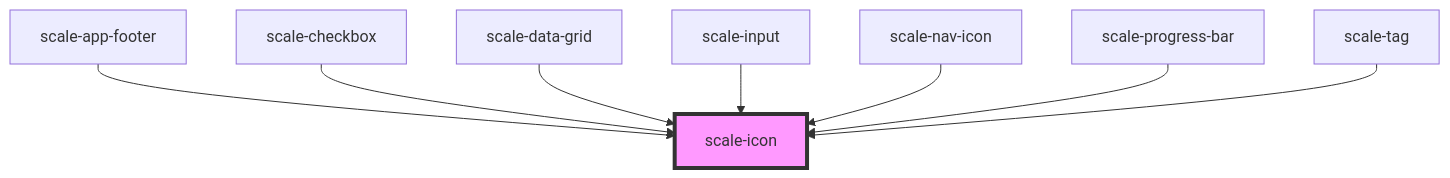
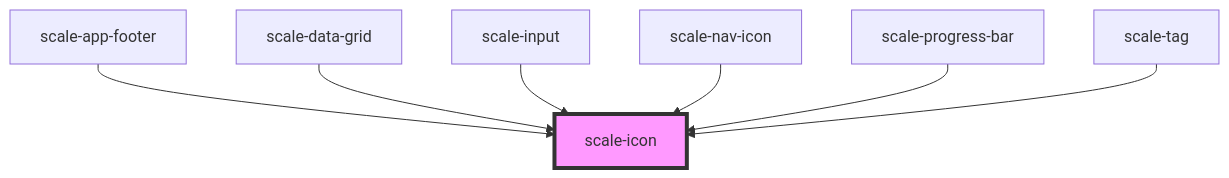
Before and after one commit to gaurishkamat/scale: the diagram in packages/components/src/components/icon/readme.md, drawn with Mermaid. The commit also changed other lines of this file and 15 other files, not shown here.

Commit message:
refactor(checkbox): update icon handling

````diff
--- a/packages/components/src/components/icon/readme.md
+++ b/packages/components/src/components/icon/readme.md
@@ -35,11 +34,10 @@
 ```mermaid
 graph TD;
   scale-app-footer --> scale-icon
-  scale-checkbox --> scale-icon
   scale-data-grid --> scale-icon
   scale-input --> scale-icon
   scale-nav-icon --> scale-icon
   scale-progress-bar --> scale-icon
   scale-tag --> scale-icon
   style scale-icon fill:#f9f,stroke:#333,stroke-width:4px
 ```
````
